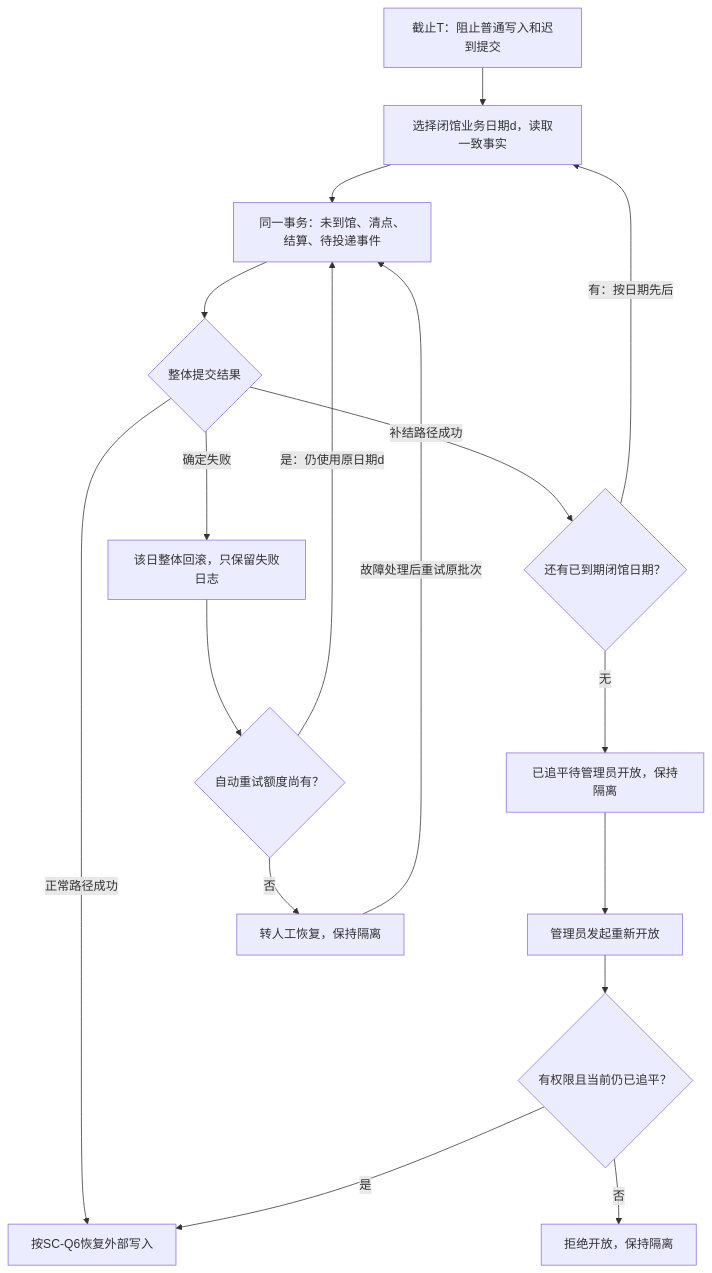
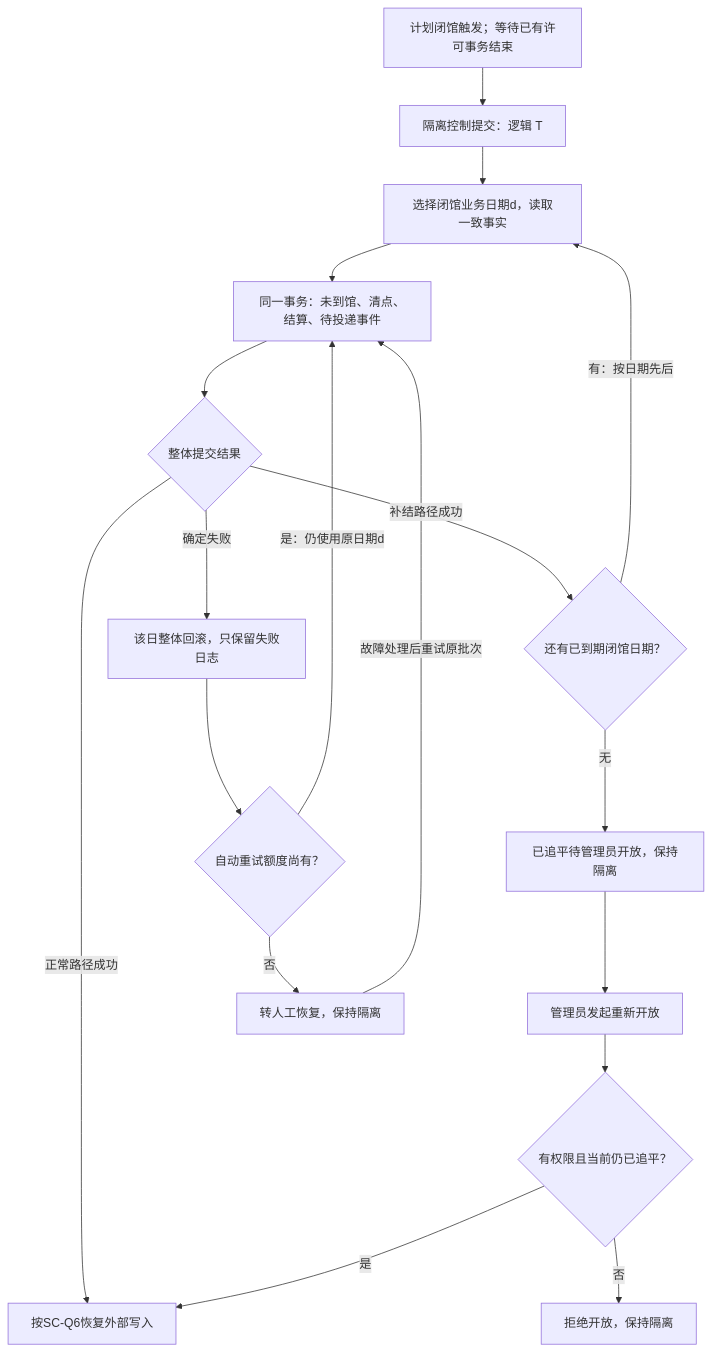
Before and after one commit to whitecait/MyLibrarySystem: the seventh of 13 diagrams in docs/02-overall-design/MLS-DOC-OD-0002.md, drawn with Mermaid. The commit also changed other lines of this file and 45 other files, not shown here.

````diff
--- a/docs/02-overall-design/MLS-DOC-OD-0002.md
+++ b/docs/02-overall-design/MLS-DOC-OD-0002.md
@@ -290,19 +409,20 @@
 ```mermaid
 flowchart TD
-    T["截止T：阻止普通写入和迟到提交"] --> S["选择闭馆业务日期d，读取一致事实"]
+    DRAIN["计划闭馆触发；等待已有许可事务结束"] --> T["隔离控制提交：逻辑 T"]
+    T --> S["选择闭馆业务日期d，读取一致事实"]
     S --> TX["同一事务：未到馆、清点、结算、待投递事件"]
     TX --> OK{"整体提交结果"}
     OK -->|"正常路径成功"| OPEN["按SC-Q6恢复外部写入"]
     OK -->|"补结路径成功"| MORE{"还有已到期闭馆日期？"}
     MORE -->|"有：按日期先后"| S
     MORE -->|"无"| READY["已追平待管理员开放，保持隔离"]
     READY --> CMD["管理员发起重新开放"]
     CMD --> CHECK{"有权限且当前仍已追平？"}
     CHECK -->|"是"| OPEN
     CHECK -->|"否"| HOLD["拒绝开放，保持隔离"]
     OK -->|"确定失败"| FAIL["该日整体回滚，只保留失败日志"]
     FAIL --> RETRY{"自动重试额度尚有？"}
     RETRY -->|"是：仍使用原日期d"| TX
     RETRY -->|"否"| MANUAL["转人工恢复，保持隔离"]
     MANUAL -->|"故障处理后重试原批次"| TX
 ```
````
